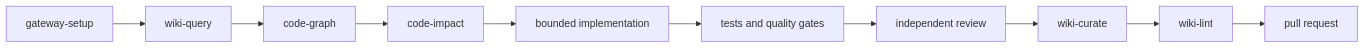
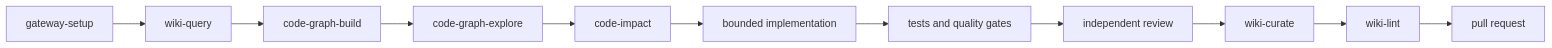
One commit to fszalaj/knowledge-gateway changed the diagram in docs/agent-skills.md. Above: the diagram before and after it, drawn with Mermaid. The commit also changed other lines of this file and 30 other files, not shown here.

````diff
--- a/docs/agent-skills.md
+++ b/docs/agent-skills.md
@@ -63,12 +98,13 @@
 ```mermaid
 flowchart LR
     S[gateway-setup] --> WQ[wiki-query]
-    WQ --> CG[code-graph]
-    CG --> CI[code-impact]
+    WQ --> CGB[code-graph-build]
+    CGB --> CGE[code-graph-explore]
+    CGE --> CI[code-impact]
     CI --> I[bounded implementation]
     I --> V[tests and quality gates]
     V --> R[independent review]
     R --> WC[wiki-curate]
     WC --> WL[wiki-lint]
     WL --> PR[pull request]
 ```
````
